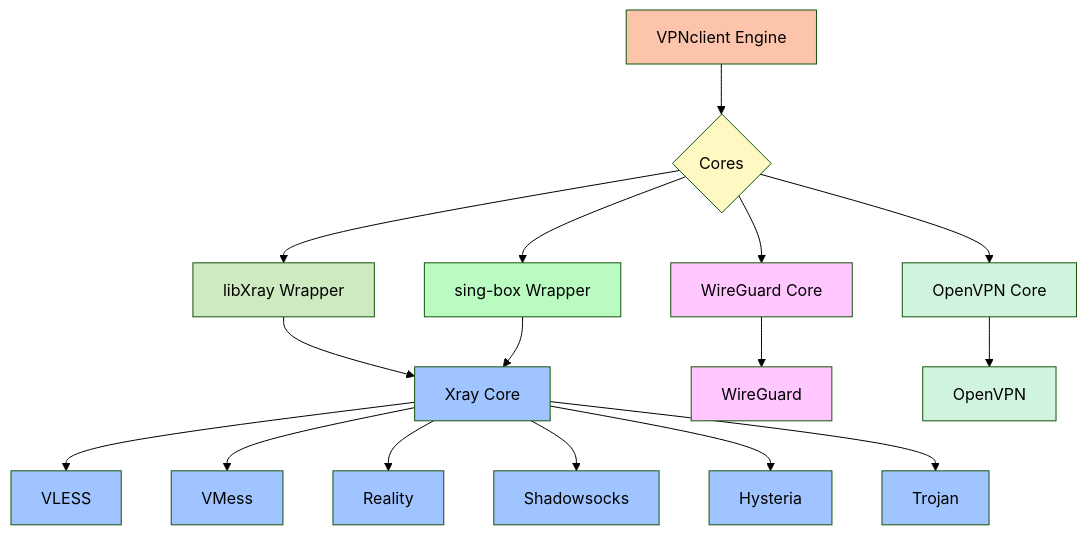
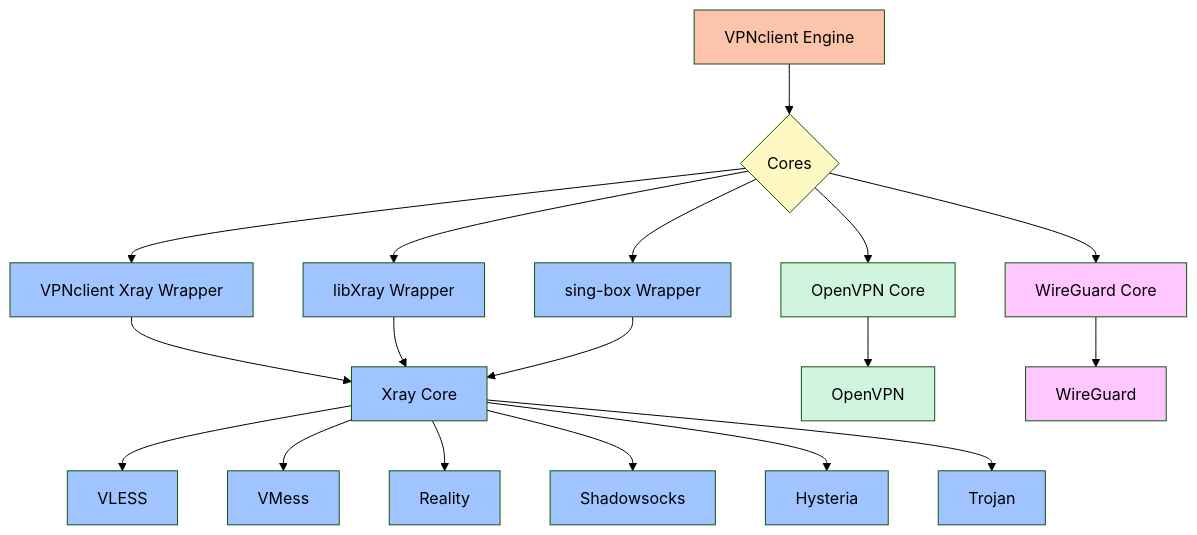
The second of 2 diagrams in profile/README.md (VPNclient/.github), drawn with Mermaid (forest theme) before and after one commit.

````diff
--- a/profile/README.md
+++ b/profile/README.md
@@ -60,43 +60,46 @@
 ```mermaid
 graph TD
   style A fill:#fbc4ab
   A[VPNclient Engine] --> B{Cores}
   style B fill:#fef9c3
 
   %% Wrappers
-  B --> C[libXray Wrapper]
-  B --> D[sing-box Wrapper]
-  style C fill:#cdeac0
-  style D fill:#b9fbc0
+  B --> C[VPNclient Xray Wrapper]
+  B --> D[libXray Wrapper]
+  B --> E[sing-box Wrapper]
+  style C fill:#a0c4ff
+  style D fill:#a0c4ff
+  style E fill:#a0c4ff
 
   %% Xray Core
-  C --> G[Xray Core]
-  D --> G[Xray Core]
-  style G fill:#a0c4ff
+  C --> H[Xray Core]
+  D --> H[Xray Core]
+  E --> H[Xray Core]
+  style H fill:#a0c4ff
 
   %% Xray Protocols 
-  G --> G1[VLESS]
-  G --> G2[VMess]
-  G --> G3[Reality]
-  G --> G4[Shadowsocks]
-  G --> G5[Hysteria]
-  G --> G6[Trojan]
-  style G1 fill:#a0c4ff
-  style G2 fill:#a0c4ff
-  style G3 fill:#a0c4ff
-  style G4 fill:#a0c4ff
-  style G5 fill:#a0c4ff
-  style G6 fill:#a0c4ff
-
-  %% WireGuard Core
-  B --> E[WireGuard Core]
-  E --> E1[WireGuard]
-  style E fill:#ffc6ff
-  style E1 fill:#ffc6ff
+  H --> H1[VLESS]
+  H --> H2[VMess]
+  H --> H3[Reality]
+  H --> H4[Shadowsocks]
+  H --> H5[Hysteria]
+  H --> H6[Trojan]
+  style H1 fill:#a0c4ff
+  style H2 fill:#a0c4ff
+  style H3 fill:#a0c4ff
+  style H4 fill:#a0c4ff
+  style H5 fill:#a0c4ff
+  style H6 fill:#a0c4ff
 
   %% OpenVPN Core
   B --> F[OpenVPN Core]
   F --> F1[OpenVPN]
   style F fill:#d0f4de
   style F1 fill:#d0f4de
+
+  %% WireGuard Core
+  B --> G[WireGuard Core]
+  G --> G1[WireGuard]
+  style G fill:#ffc6ff
+  style G1 fill:#ffc6ff
 ```
````
